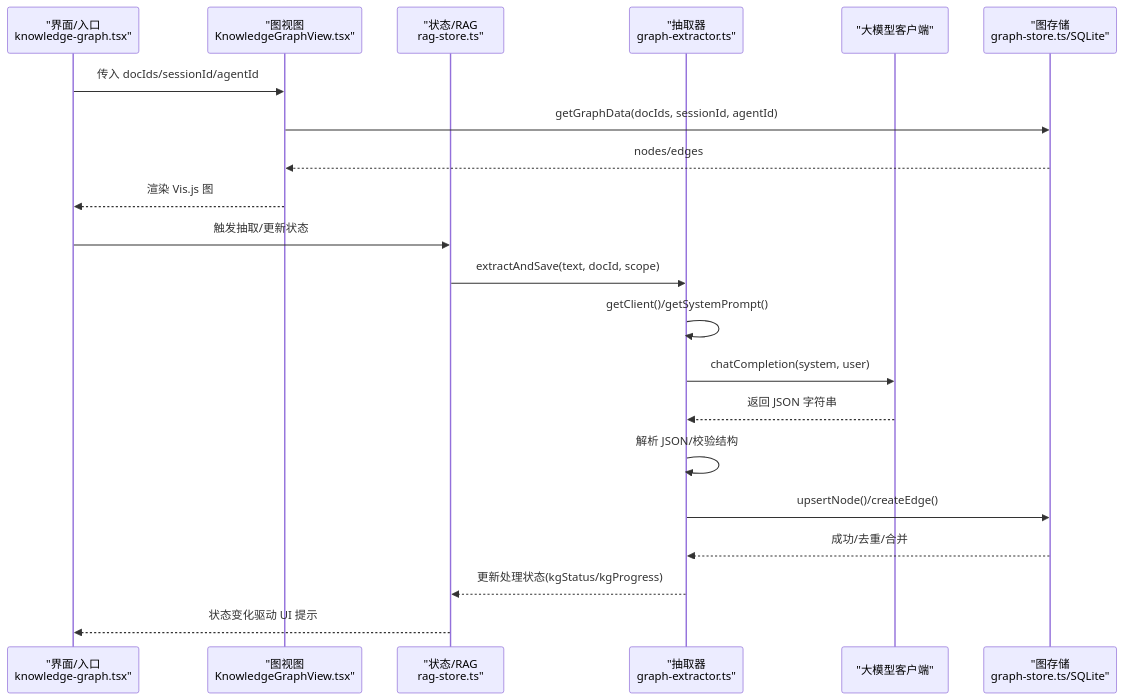
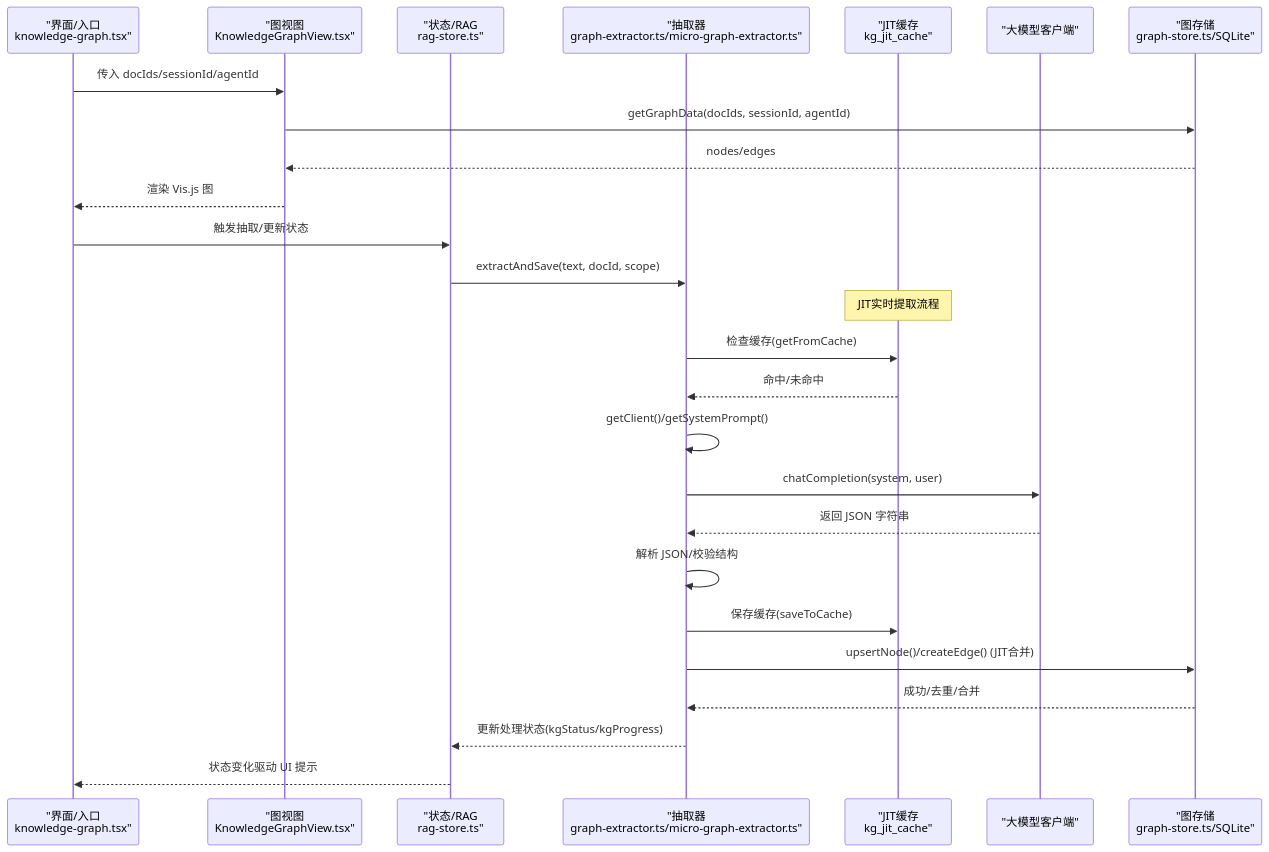
Before and after one commit to NarcisWL/Nexara: the second of 7 diagrams in .qoder/repowiki/zh/content/RAG知识引擎/知识图谱抽取/知识图谱抽取.md, drawn with Mermaid. The commit also changed other lines of this file and 6 other files, not shown here.

````diff
--- a/.qoder/repowiki/zh/content/RAG知识引擎/知识图谱抽取/知识图谱抽取.md
+++ b/.qoder/repowiki/zh/content/RAG知识引擎/知识图谱抽取/知识图谱抽取.md
@@ -123,23 +155,28 @@
 ```mermaid
 sequenceDiagram
 participant UI as "界面/入口<br/>knowledge-graph.tsx"
 participant View as "图视图<br/>KnowledgeGraphView.tsx"
 participant Store as "状态/RAG<br/>rag-store.ts"
-participant Ext as "抽取器<br/>graph-extractor.ts"
+participant Ext as "抽取器<br/>graph-extractor.ts/micro-graph-extractor.ts"
+participant JIT as "JIT缓存<br/>kg_jit_cache"
 participant LLM as "大模型客户端"
 participant DB as "图存储<br/>graph-store.ts/SQLite"
 UI->>View : 传入 docIds/sessionId/agentId
 View->>DB : getGraphData(docIds, sessionId, agentId)
 DB-->>View : nodes/edges
 View-->>UI : 渲染 Vis.js 图
 UI->>Store : 触发抽取/更新状态
 Store->>Ext : extractAndSave(text, docId, scope)
+Note over JIT : JIT实时提取流程
+Ext->>JIT : 检查缓存(getFromCache)
+JIT-->>Ext : 命中/未命中
 Ext->>Ext : getClient()/getSystemPrompt()
 Ext->>LLM : chatCompletion(system, user)
 LLM-->>Ext : 返回 JSON 字符串
 Ext->>Ext : 解析 JSON/校验结构
-Ext->>DB : upsertNode()/createEdge()
+Ext->>JIT : 保存缓存(saveToCache)
+Ext->>DB : upsertNode()/createEdge() (JIT合并)
 DB-->>Ext : 成功/去重/合并
 Ext-->>Store : 更新处理状态(kgStatus/kgProgress)
 Store-->>UI : 状态变化驱动 UI 提示
 ```
````
